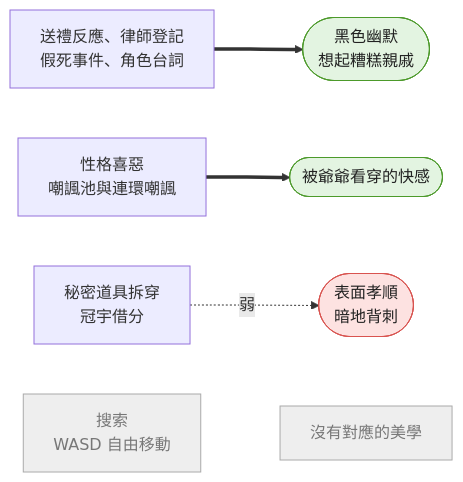
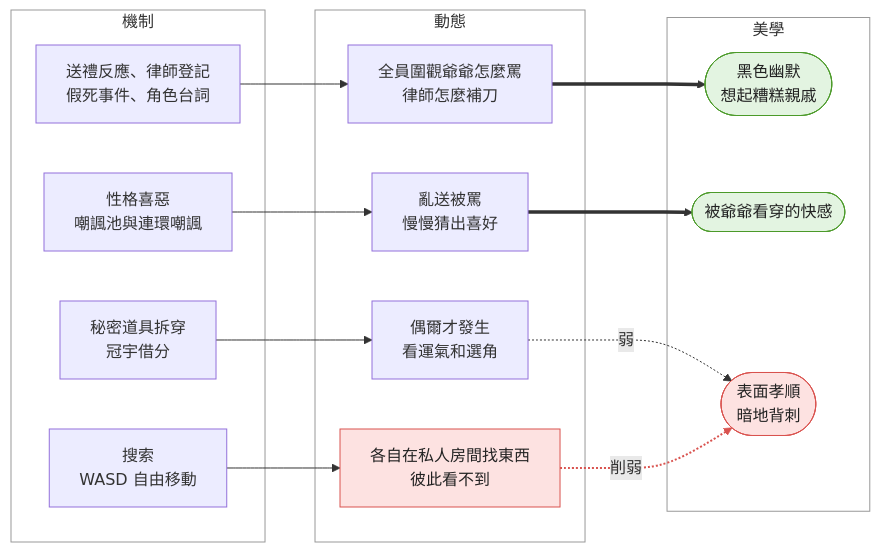
The diagram in docs/1-preproduction/frameworks/mda.md (wl01256060/grandpa-not-dead), drawn with Mermaid before and after one commit. The commit also changed other lines of this file, not shown here.

Commit message:
Add dynamics layer to MDA diagram and table

````diff
--- a/docs/1-preproduction/frameworks/mda.md
+++ b/docs/1-preproduction/frameworks/mda.md
@@ -22,14 +22,33 @@
 ```mermaid
 flowchart LR
-  m1[送禮反應、律師登記<br/>假死事件、角色台詞] ==> a1([黑色幽默<br/>想起糟糕親戚])
-  m2[性格喜惡<br/>嘲諷池與連環嘲諷] ==> a2([被爺爺看穿的快感])
-  m3[秘密道具拆穿<br/>冠宇借分] -. 弱 .-> a3([表面孝順<br/>暗地背刺])
-  m4[搜索<br/>WASD 自由移動] ~~~ none[沒有對應的美學]
+  subgraph M["機制"]
+    m1[送禮反應、律師登記<br/>假死事件、角色台詞]
+    m2[性格喜惡<br/>嘲諷池與連環嘲諷]
+    m3[秘密道具拆穿<br/>冠宇借分]
+    m4[搜索<br/>WASD 自由移動]
+  end
+  subgraph D["動態"]
+    d1[全員圍觀爺爺怎麼罵<br/>律師怎麼補刀]
+    d2[亂送被罵<br/>慢慢猜出喜好]
+    d3[偶爾才發生<br/>看運氣和選角]
+    d4[各自在私人房間找東西<br/>彼此看不到]
+  end
+  subgraph A["美學"]
+    a1([黑色幽默<br/>想起糟糕親戚])
+    a2([被爺爺看穿的快感])
+    a3([表面孝順<br/>暗地背刺])
+  end
+  m1 --> d1 ==> a1
+  m2 --> d2 ==> a2
+  m3 --> d3 -. 弱 .-> a3
+  m4 --> d4 -. 削弱 .-> a3
 
   classDef strong fill:#e3f4e1,stroke:#4c9a2a,color:#222
   classDef weak fill:#fde2e1,stroke:#d9534f,color:#222
-  classDef orphan fill:#eeeeee,stroke:#aaaaaa,color:#777
   class a1,a2 strong
-  class a3 weak
-  class m4,none orphan
+  class a3,d4 weak
+  linkStyle 7 stroke:#d9534f,stroke-width:2px
+  style M fill:none,stroke:#999
+  style D fill:none,stroke:#999
+  style A fill:none,stroke:#999
 ```
````
